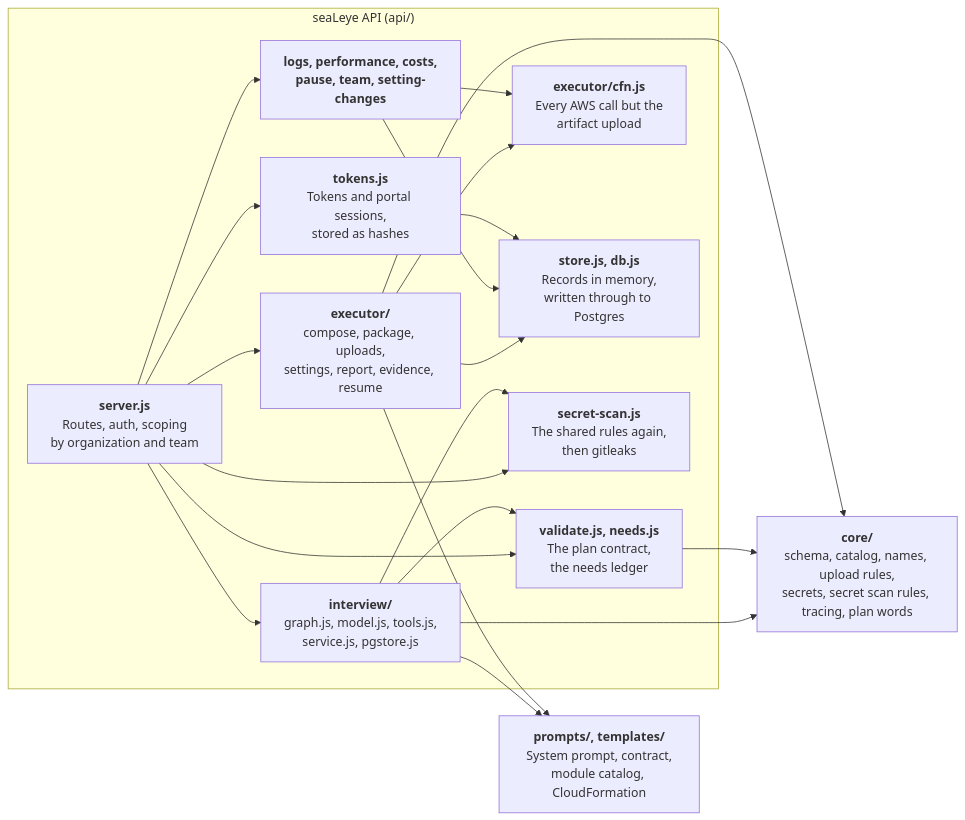
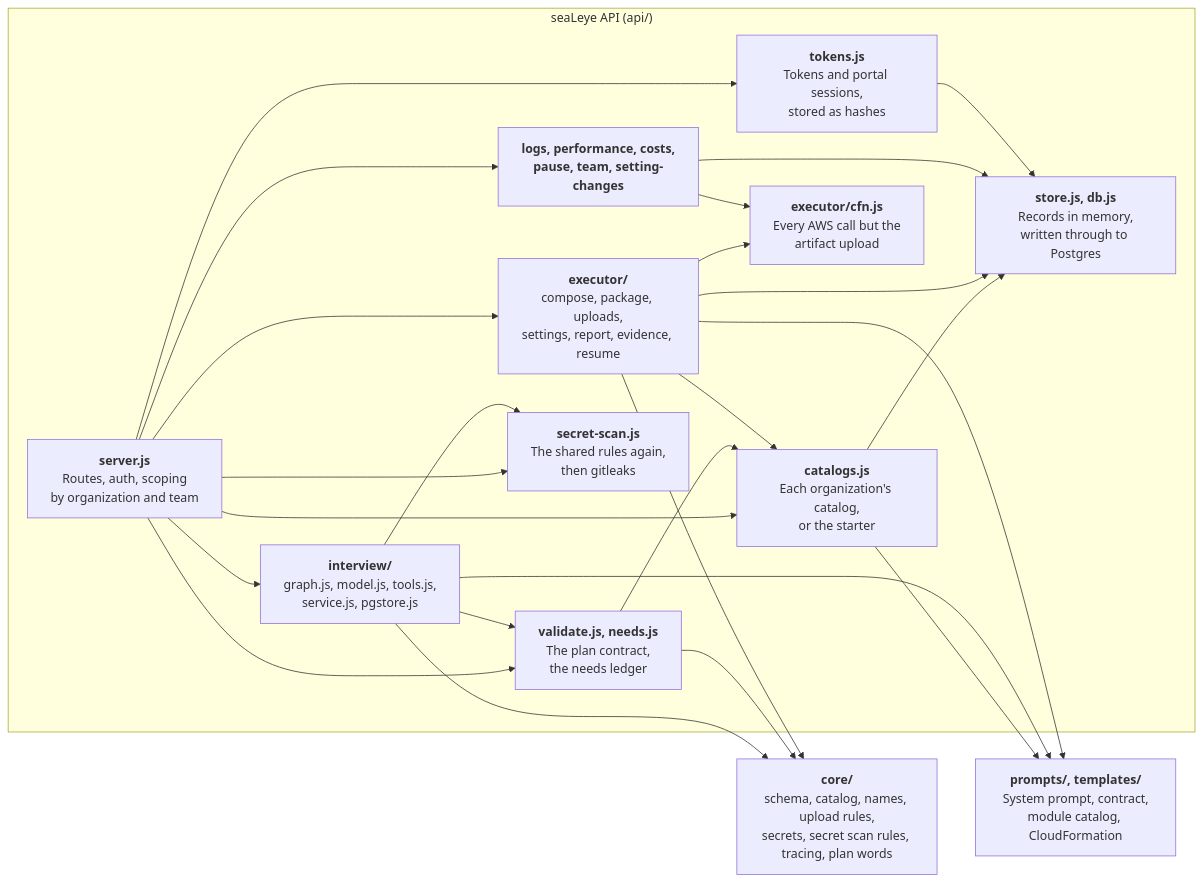
One commit to GregKliewer/sealeye changed the third of 12 diagrams in docs/ARCHITECTURE.md. Above: the diagram before and after it, drawn with Mermaid. The commit also changed other lines of this file and 15 other files, not shown here.

First line of the commit message:
The catalog is data: each organization's, or the starter (Phase 4 Step 1)

````diff
--- a/docs/ARCHITECTURE.md
+++ b/docs/ARCHITECTURE.md
@@ -160,36 +160,42 @@
 ```mermaid
 flowchart LR
   subgraph api["seaLeye API (api/)"]
     server["<b>server.js</b><br/>Routes, auth, scoping<br/>by organization and team"]
     tokens["<b>tokens.js</b><br/>Tokens and portal sessions,<br/>stored as hashes"]
     interview["<b>interview/</b><br/>graph.js, model.js, tools.js,<br/>service.js, pgstore.js"]
     validate["<b>validate.js, needs.js</b><br/>The plan contract,<br/>the needs ledger"]
+    catalogs["<b>catalogs.js</b><br/>Each organization's catalog,<br/>or the starter"]
     executor["<b>executor/</b><br/>compose, package, uploads,<br/>settings, report, evidence, resume"]
     cfn["<b>executor/cfn.js</b><br/>Every AWS call but the<br/>artifact upload"]
     dayTwo["<b>logs, performance, costs,<br/>pause, team, setting-changes</b>"]
     store["<b>store.js, db.js</b><br/>Records in memory,<br/>written through to Postgres"]
     scan["<b>secret-scan.js</b><br/>The shared rules again,<br/>then gitleaks"]
   end
 
   core["<b>core/</b><br/>schema, catalog, names, upload rules,<br/>secrets, secret scan rules, tracing, plan words"]
   prompts["<b>prompts/, templates/</b><br/>System prompt, contract,<br/>module catalog, CloudFormation"]
 
   server --> tokens
   server --> interview
   server --> validate
+  server --> catalogs
+  validate --> catalogs
+  executor --> catalogs
+  catalogs --> store
+  catalogs --> prompts
   server --> executor
   server --> dayTwo
   server --> scan
   interview --> scan
   interview --> validate
   executor --> cfn
   dayTwo --> cfn
   executor --> store
   dayTwo --> store
   tokens --> store
   interview --> core
   validate --> core
   executor --> core
   interview --> prompts
   executor --> prompts
 ```
````
